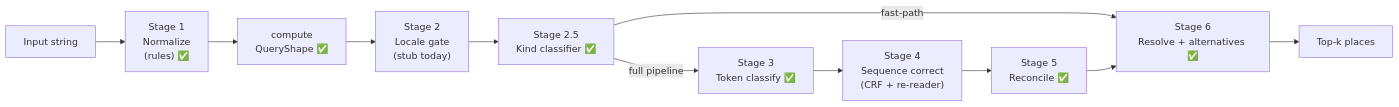
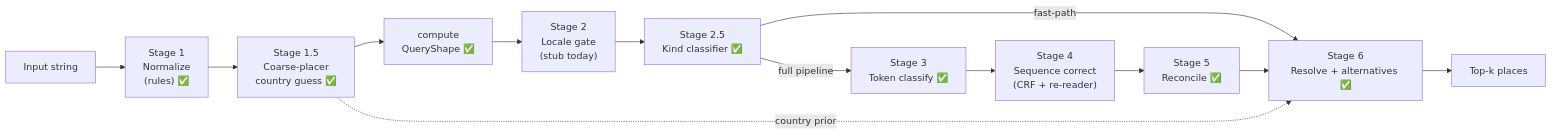
Before and after one commit to sister-software/mailwoman: the diagram in docs/articles/understanding/our-approach/the-staged-pipeline.mdx, drawn with Mermaid. The commit also changed other lines of this file and 343 other files, not shown here.

````diff
--- a/docs/articles/understanding/our-approach/the-staged-pipeline.mdx
+++ b/docs/articles/understanding/our-approach/the-staged-pipeline.mdx
@@ -18,14 +18,16 @@
 ```mermaid
 flowchart LR
     I["Input string"]
     I --> S1["Stage 1<br>Normalize<br>(rules) ✅"]
-    S1 --> QS["compute<br>QueryShape ✅"]
+    S1 --> CP["Stage 1.5<br>Coarse-placer<br>country guess ✅"]
+    CP --> QS["compute<br>QueryShape ✅"]
     QS --> S2["Stage 2<br>Locale gate<br>(stub today)"]
     S2 --> S25["Stage 2.5<br>Kind classifier ✅"]
     S25 -->|"fast-path"| S6
     S25 -->|"full pipeline"| S3["Stage 3<br>Token classify ✅"]
     S3 --> S4["Stage 4<br>Sequence correct<br>(CRF + re-reader)"]
     S4 --> S5["Stage 5<br>Reconcile ✅"]
     S5 --> S6["Stage 6<br>Resolve + alternatives ✅"]
+    CP -.->|"country prior"| S6
     S6 --> O["Top-k places"]
 ```
````
